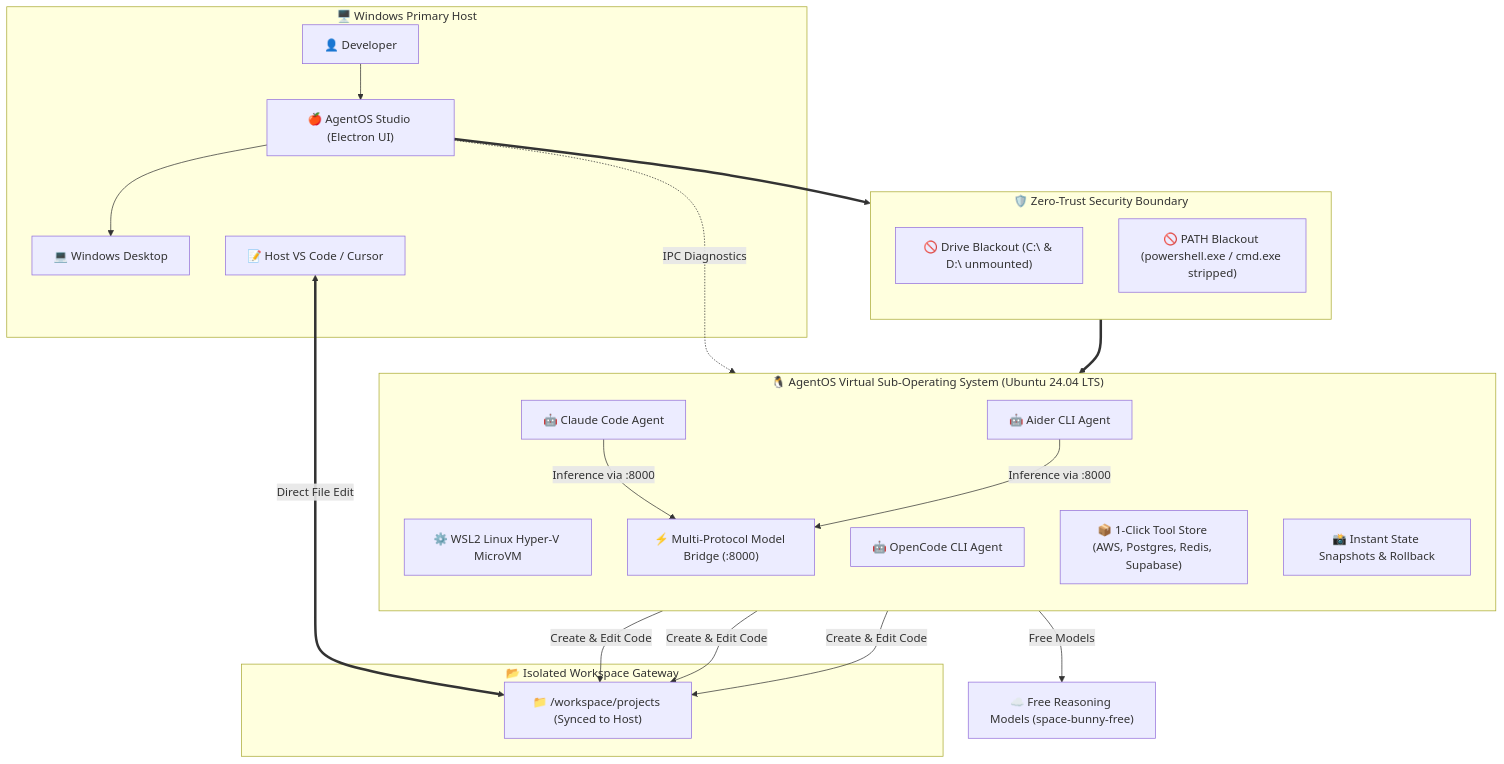
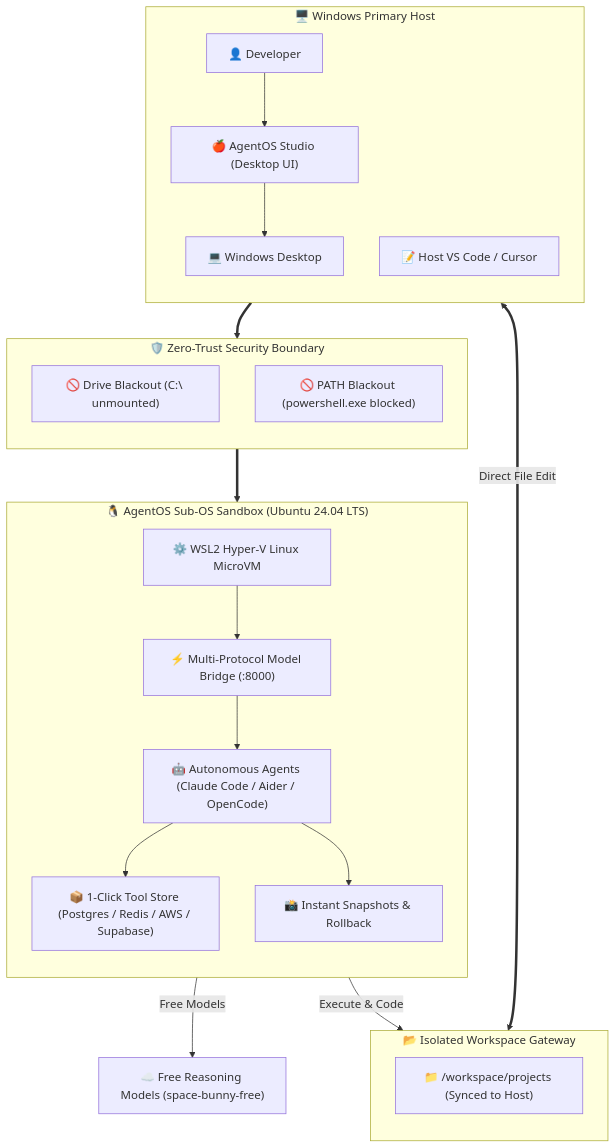
Before and after one commit to Developer-For-Git/AgentOS-Studio: the first of 2 diagrams in README.md, drawn with Mermaid. The commit also changed other lines of this file, not shown here.

Commit message:
docs: optimize Mermaid flowchart hierarchy and center responsive screenshot walkthrough

````diff
--- a/README.md
+++ b/README.md
@@ -48,39 +60,34 @@
 ```mermaid
-graph TD
+flowchart TD
     subgraph Host ["🖥️ Windows Primary Host"]
-        User["👤 Developer"]
-        Desktop["💻 Windows Desktop"]
+        direction TB
+        User["👤 Developer"] --> Studio["🍎 AgentOS Studio (Desktop UI)"]
+        Studio --> Desktop["💻 Windows Desktop"]
         VSCode["📝 Host VS Code / Cursor"]
-        Studio["🍎 AgentOS Studio (Electron UI)"]
     end
 
     subgraph Barrier ["🛡️ Zero-Trust Security Boundary"]
         direction TB
-        Blackout["🚫 Drive Blackout (C:\ & D:\ unmounted)"]
-        PathBlock["🚫 PATH Blackout (powershell.exe / cmd.exe stripped)"]
+        Blackout["🚫 Drive Blackout (C:\ unmounted)"]
+        PathBlock["🚫 PATH Blackout (powershell.exe blocked)"]
     end
 
-    subgraph SubOS ["🐧 AgentOS Virtual Sub-Operating System (Ubuntu 24.04 LTS)"]
+    subgraph SubOS ["🐧 AgentOS Sub-OS Sandbox (Ubuntu 24.04 LTS)"]
         direction TB
-        Kernel["⚙️ WSL2 Linux Hyper-V MicroVM"]
-        Bridge["⚡ Multi-Protocol Model Bridge (:8000)"]
-        Claude["🤖 Claude Code Agent"]
-        Aider["🤖 Aider CLI Agent"]
-        OpenCode["🤖 OpenCode CLI Agent"]
-        Store["📦 1-Click Tool Store (AWS, Postgres, Redis, Supabase)"]
-        Snapshots["📸 Instant State Snapshots & Rollback"]
+        Kernel["⚙️ WSL2 Hyper-V Linux MicroVM"]
+        Kernel --> Bridge["⚡ Multi-Protocol Model Bridge (:8000)"]
+        Bridge --> AgentBox["🤖 Autonomous Agents (Claude Code / Aider / OpenCode)"]
+        AgentBox --> Store["📦 1-Click Tool Store (Postgres / Redis / AWS / Supabase)"]
+        AgentBox --> Snapshots["📸 Instant Snapshots & Rollback"]
     end
 
     subgraph Gateway ["📂 Isolated Workspace Gateway"]
+        direction TB
         WorkPartition["📁 /workspace/projects (Synced to Host)"]
     end
 
-    User --> Studio
-    Studio --> Desktop
-    Studio -.->|IPC Diagnostics| Kernel
+    Studio ==> Barrier ==> SubOS
     VSCode <==>|Direct File Edit| WorkPartition
-    Studio ==> Barrier ==> SubOS
-    Claude & Aider & OpenCode -->|Create & Edit Code| WorkPartition
-    Claude & Aider -->|Inference via :8000| Bridge
+    AgentBox -->|Execute & Code| WorkPartition
     Bridge -->|Free Models| Cloud["☁️ Free Reasoning Models (space-bunny-free)"]
 ```
````
